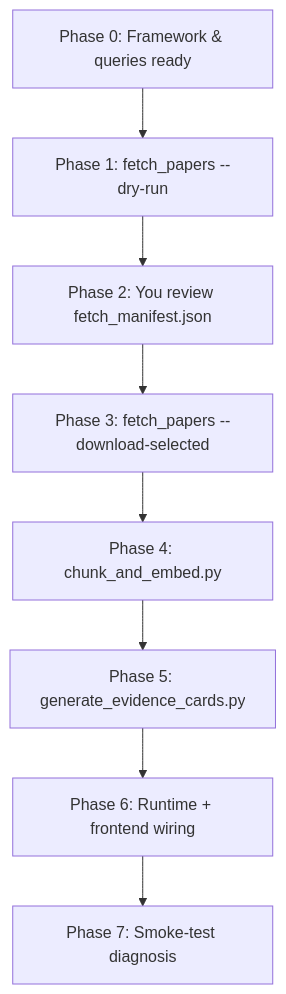
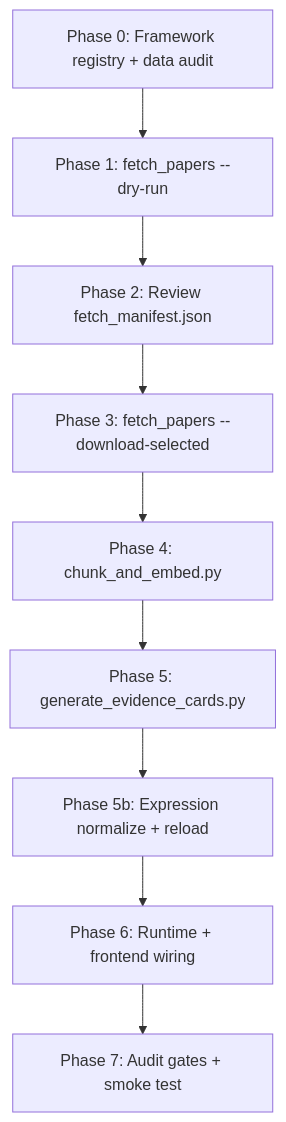
The diagram in cursor-plans/05-induct-new-pathway.md (aaditeshwar/landscape-problem-diagnosis), drawn with Mermaid before and after one commit. The commit also changed other lines of this file and 5 other files, not shown here.

````diff
--- a/cursor-plans/05-induct-new-pathway.md
+++ b/cursor-plans/05-induct-new-pathway.md
@@ -40,10 +60,11 @@
 ```mermaid
 flowchart TD
-  A[Phase 0: Framework & queries ready] --> B[Phase 1: fetch_papers --dry-run]
-  B --> C[Phase 2: You review fetch_manifest.json]
+  A[Phase 0: Framework registry + data audit] --> B[Phase 1: fetch_papers --dry-run]
+  B --> C[Phase 2: Review fetch_manifest.json]
   C --> D[Phase 3: fetch_papers --download-selected]
   D --> E[Phase 4: chunk_and_embed.py]
   E --> F[Phase 5: generate_evidence_cards.py]
-  F --> G[Phase 6: Runtime + frontend wiring]
-  G --> H[Phase 7: Smoke-test diagnosis]
+  F --> G[Phase 5b: Expression normalize + reload]
+  G --> H[Phase 6: Runtime + frontend wiring]
+  H --> I[Phase 7: Audit gates + smoke test]
 ```
````
